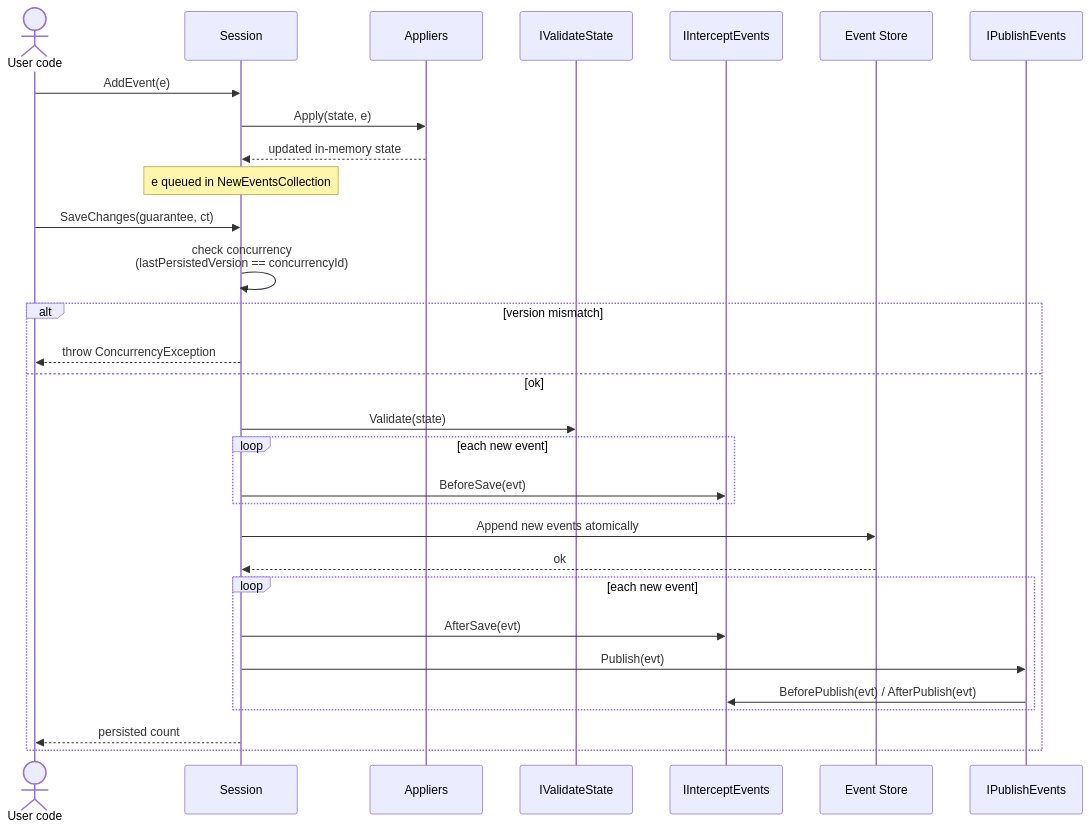
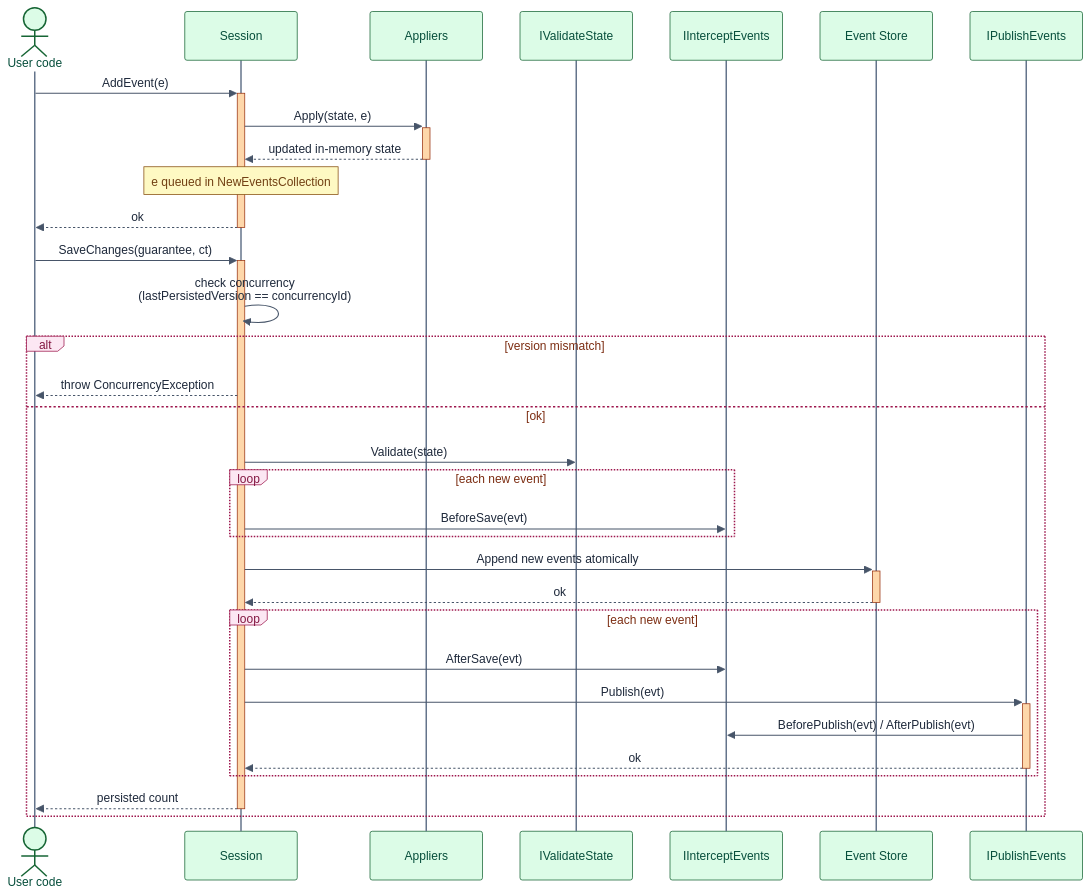
Before and after one commit to vaibhavPH/BullOak: the fifth of 7 diagrams in docs/architecture.md, drawn with Mermaid. The commit also changed other lines of this file, not shown here.

First line of the commit message:
docs: colour the Mermaid architecture diagrams

````diff
--- a/docs/architecture.md
+++ b/docs/architecture.md
@@ -185,34 +216,37 @@
 ```mermaid
+%%{init: {"theme":"base","themeVariables":{"actorBkg":"#dcfce7","actorBorder":"#166534","actorTextColor":"#064e3b","actorLineColor":"#64748b","signalColor":"#475569","signalTextColor":"#1e293b","labelBoxBkgColor":"#fce7f3","labelBoxBorderColor":"#9d174d","labelTextColor":"#831843","loopTextColor":"#7c2d12","noteBkgColor":"#fef9c3","noteBorderColor":"#854d0e","noteTextColor":"#713f12","altBackground":"#fef3c7","activationBkgColor":"#fed7aa","activationBorderColor":"#9a3412"}}}%%
 sequenceDiagram
     actor U as User code
     participant S as Session
     participant A as Appliers
     participant V as IValidateState
     participant I as IInterceptEvents
     participant ES as Event Store
     participant P as IPublishEvents
 
-    U->>S: AddEvent(e)
-    S->>A: Apply(state, e)
-    A-->>S: updated in-memory state
+    U->>+S: AddEvent(e)
+    S->>+A: Apply(state, e)
+    A-->>-S: updated in-memory state
     Note over S: e queued in NewEventsCollection
+    S-->>-U: ok
 
-    U->>S: SaveChanges(guarantee, ct)
+    U->>+S: SaveChanges(guarantee, ct)
     S->>S: check concurrency<br/>(lastPersistedVersion == concurrencyId)
     alt version mismatch
         S-->>U: throw ConcurrencyException
     else ok
         S->>V: Validate(state)
         loop each new event
             S->>I: BeforeSave(evt)
         end
-        S->>ES: Append new events atomically
-        ES-->>S: ok
+        S->>+ES: Append new events atomically
+        ES-->>-S: ok
         loop each new event
             S->>I: AfterSave(evt)
-            S->>P: Publish(evt)
+            S->>+P: Publish(evt)
             P->>I: BeforePublish(evt) / AfterPublish(evt)
+            P-->>-S: ok
         end
-        S-->>U: persisted count
+        S-->>-U: persisted count
     end
 ```
````
